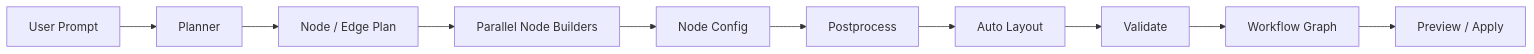
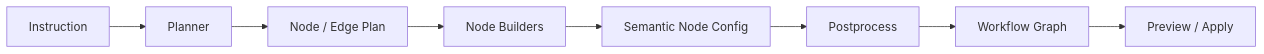
Before and after one commit to sgfd-ui/internship: the fourth of 12 diagrams in weekly-report/dify-1.17-core-capabilities-research.md, drawn with Mermaid. The commit also changed other lines of this file, not shown here.

````diff
--- a/weekly-report/dify-1.17-core-capabilities-research.md
+++ b/weekly-report/dify-1.17-core-capabilities-research.md
@@ -126,12 +134,10 @@
 ```mermaid
 flowchart LR
-    A[User Prompt] --> B[Planner]
+    A[Instruction] --> B[Planner]
     B --> C[Node / Edge Plan]
-    C --> D[Parallel Node Builders]
-    D --> E[Node Config]
+    C --> D[Node Builders]
+    D --> E[Semantic Node Config]
     E --> F[Postprocess]
-    F --> G[Auto Layout]
-    G --> H[Validate]
-    H --> I[Workflow Graph]
-    I --> J[Preview / Apply]
+    F --> G[Workflow Graph]
+    G --> H[Preview / Apply]
 ```
````
